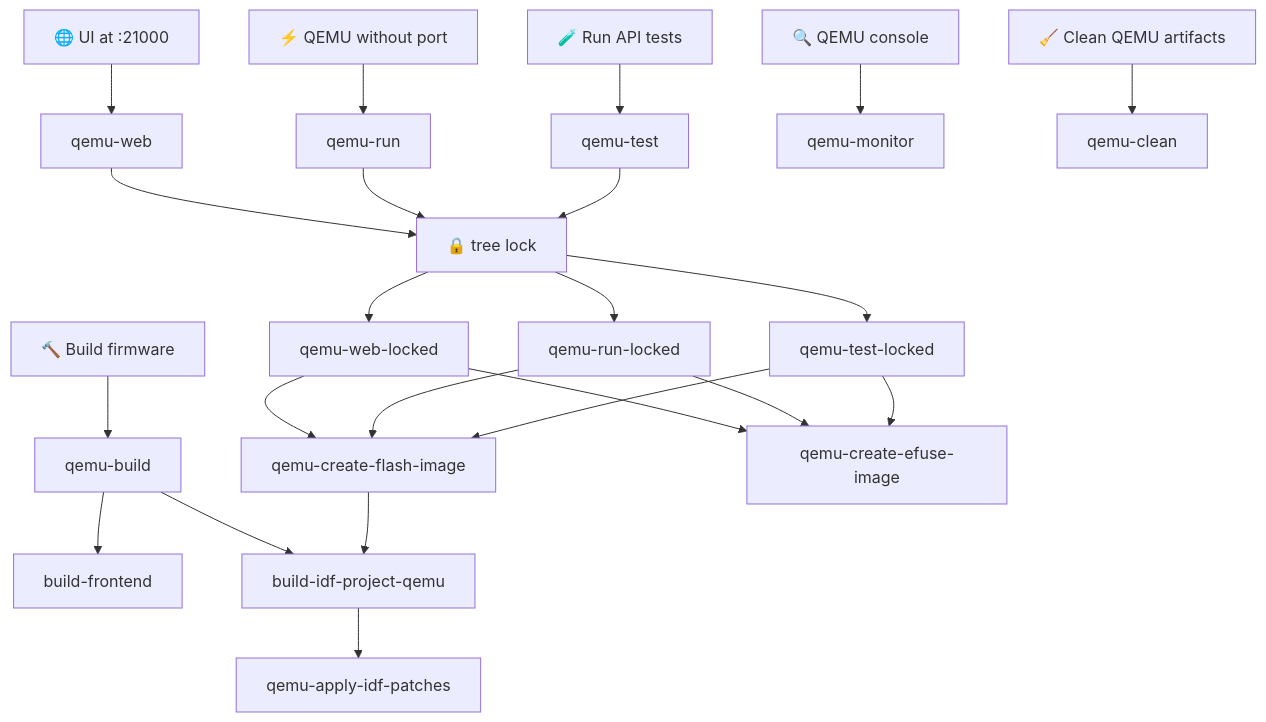
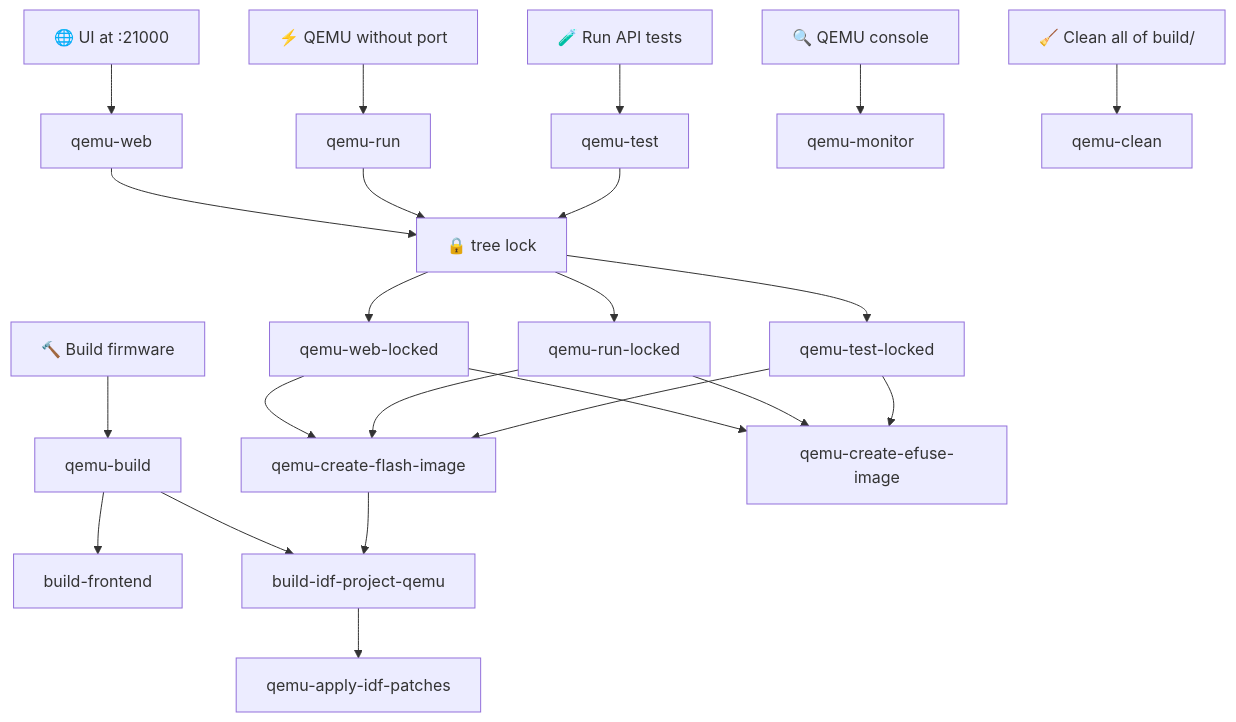
The diagram in README_QEMU.md (wirenboard/wb-mge), drawn with Mermaid before and after one commit. The commit also changed other lines of this file and 6 other files, not shown here.

````diff
--- a/README_QEMU.md
+++ b/README_QEMU.md
@@ -56,28 +56,28 @@
 ```mermaid
 graph TD
     B["🔨 Build firmware"] --> qemu-build
     W["🌐 UI at :21000"] --> qemu-web
     T["🧪 Run API tests"] --> qemu-test
     R["⚡ QEMU without port"] --> qemu-run
     M["🔍 QEMU console"] --> qemu-monitor
-    C["🧹 Clean QEMU artifacts"] --> qemu-clean
+    C["🧹 Clean all of build/"] --> qemu-clean
 
     qemu-build --> build-frontend
     qemu-build --> build-idf-project-qemu
 
     qemu-web --> L1["🔒 tree lock"]
     qemu-run --> L1
     qemu-test --> L1
     L1 --> qemu-web-locked
     L1 --> qemu-run-locked
     L1 --> qemu-test-locked
 
     qemu-web-locked --> qemu-create-flash-image
     qemu-web-locked --> qemu-create-efuse-image
     qemu-run-locked --> qemu-create-flash-image
     qemu-run-locked --> qemu-create-efuse-image
     qemu-test-locked --> qemu-create-flash-image
     qemu-test-locked --> qemu-create-efuse-image
     qemu-create-flash-image --> build-idf-project-qemu
     build-idf-project-qemu --> qemu-apply-idf-patches
 ```
````
